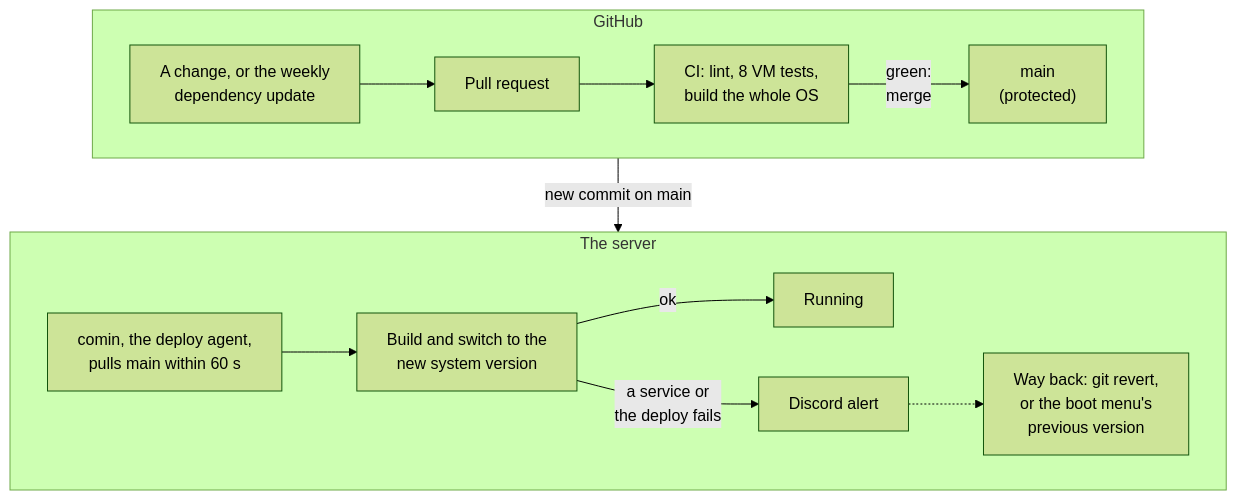
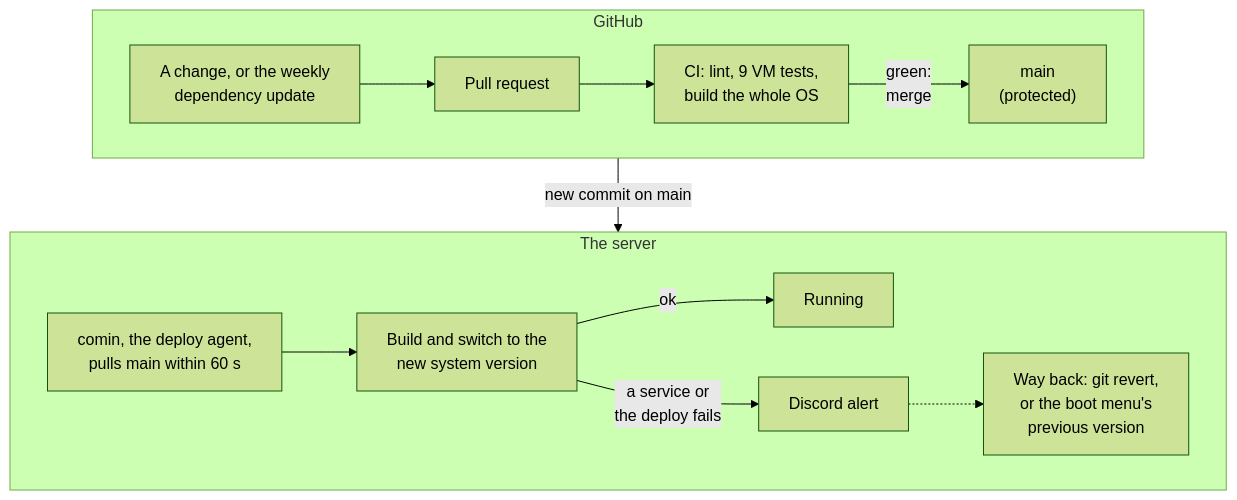
The first of 2 diagrams in README.md (alexCranfield/nixos-homeserver), drawn with Mermaid (forest theme) before and after one commit. The commit also changed other lines of this file and 62 other files, not shown here.

````diff
--- a/README.md
+++ b/README.md
@@ -17,22 +17,22 @@
 ```mermaid
 flowchart TD
     subgraph github["GitHub"]
         direction LR
         bot["A change, or the weekly<br/>dependency update"]
         pr["Pull request"]
-        ci["CI: lint, 8 VM tests,<br/>build the whole OS"]
+        ci["CI: lint, 9 VM tests,<br/>build the whole OS"]
         main["main<br/>(protected)"]
         bot --> pr --> ci -->|"green:<br/>merge"| main
     end
     subgraph nuc["The server"]
         direction LR
         comin["comin, the deploy agent,<br/>pulls main within 60 s"]
         switch["Build and switch to the<br/>new system version"]
         running["Running"]
         alert["Discord alert"]
         back["Way back: git revert,<br/>or the boot menu's<br/>previous version"]
         comin --> switch -->|ok| running
         switch -->|"a service or<br/>the deploy fails"| alert -.-> back
     end
     github -->|"new commit on main"| nuc
 ```
````
